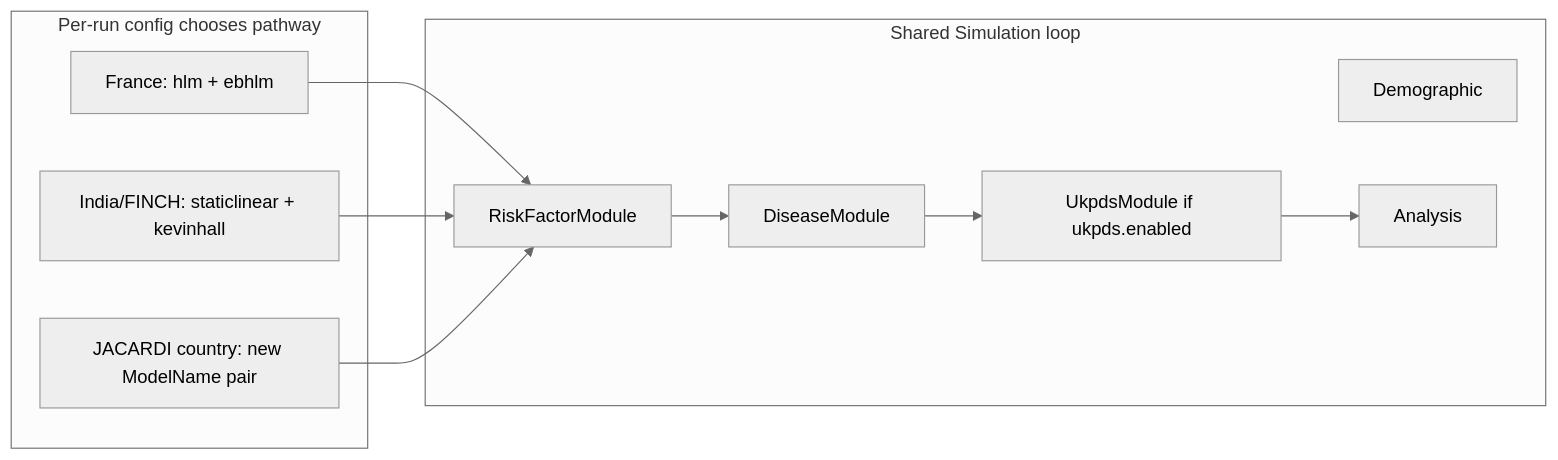
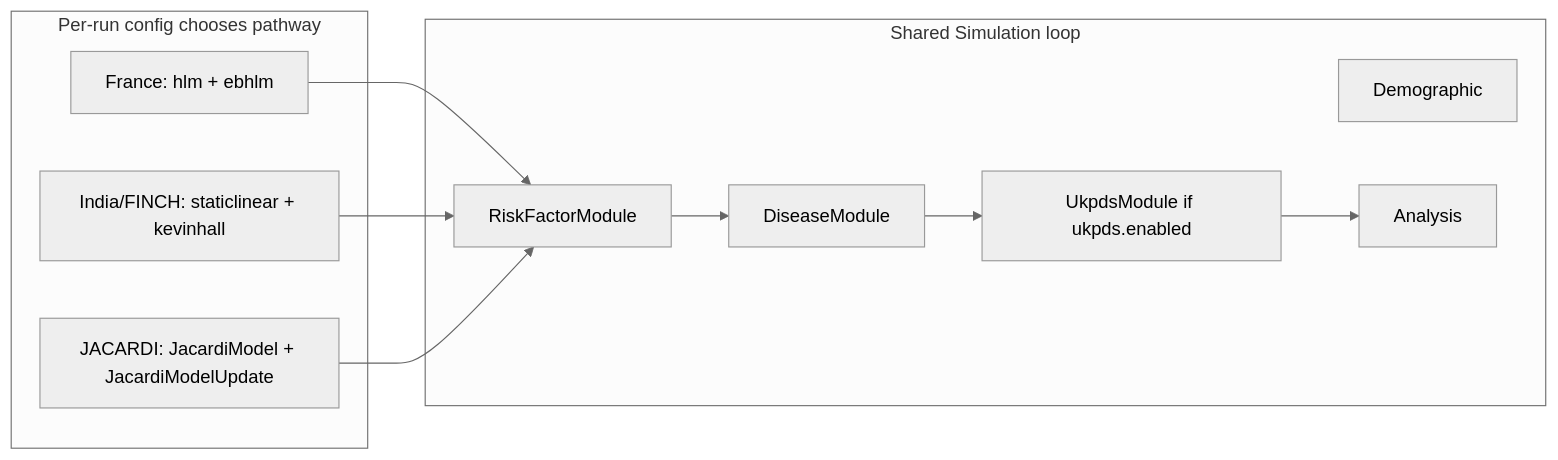
Before and after one commit to imperialCHEPI/healthgps: the first of 2 diagrams in documentation/technical/plans/JACARDI-7-countries-implementation-plan.md, drawn with Mermaid (neutral theme). The commit also changed other lines of this file, not shown here.

Commit message:
chosen model name for jacardi

````diff
--- a/documentation/technical/plans/JACARDI-7-countries-implementation-plan.md
+++ b/documentation/technical/plans/JACARDI-7-countries-implementation-plan.md
@@ -84,19 +33,19 @@
 ```mermaid
 flowchart LR
   subgraph config [Per-run config chooses pathway]
     FR["France: hlm + ebhlm"]
     IN["India/FINCH: staticlinear + kevinhall"]
-    JAC["JACARDI country: new ModelName pair"]
+    JAC["JACARDI: JacardiModel + JacardiModelUpdate"]
   end
   subgraph engine [Shared Simulation loop]
     Demo[Demographic]
     RF[RiskFactorModule]
     Dis[DiseaseModule]
     Ukpds["UkpdsModule if ukpds.enabled"]
     Ana[Analysis]
   end
   FR --> RF
   IN --> RF
   JAC --> RF
   RF --> Dis --> Ukpds --> Ana
 ```
````
